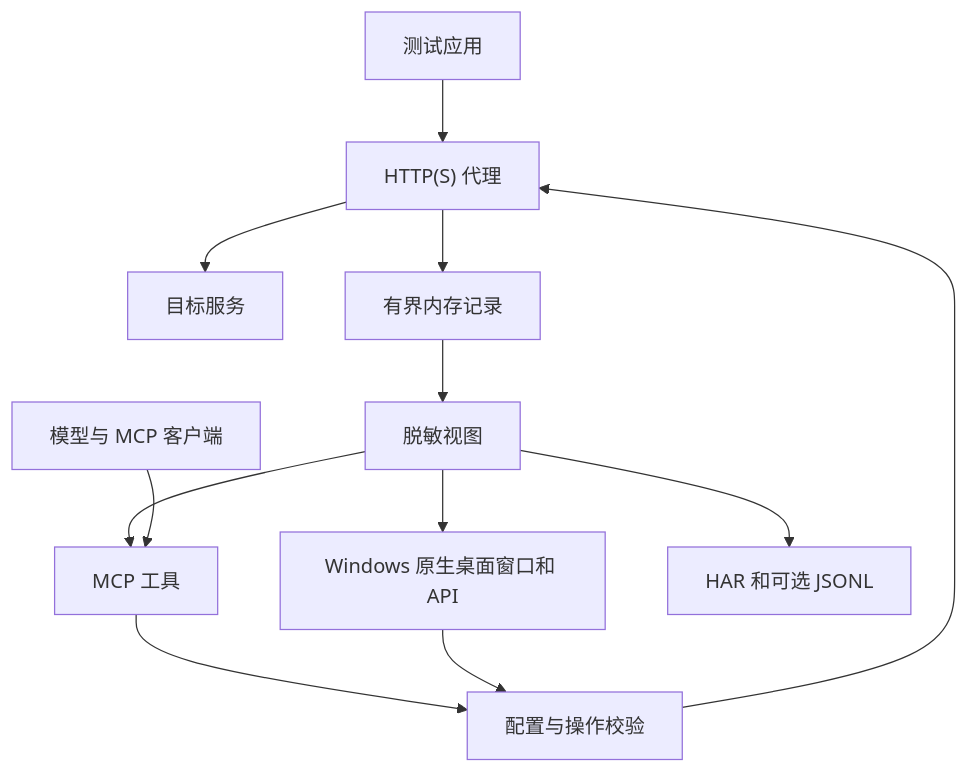
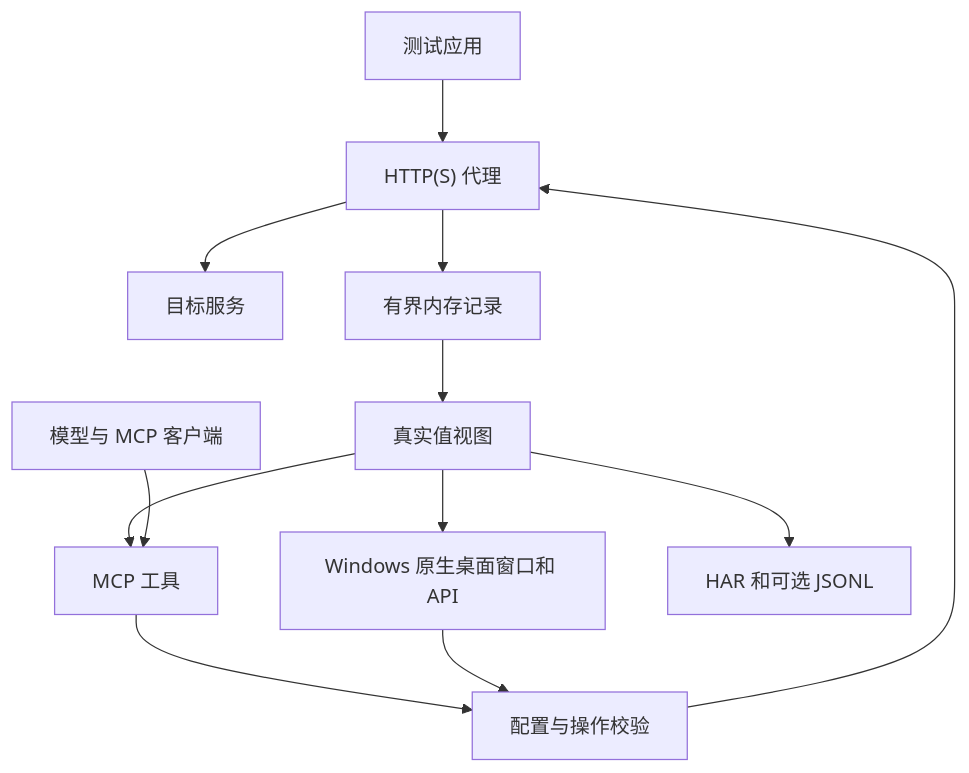
The first of 2 diagrams in docs/architecture.md (EricHongXDD/NetLens-Go-MCP), drawn with Mermaid before and after one commit. The commit also changed other lines of this file and 26 other files, not shown here.

````diff
--- a/docs/architecture.md
+++ b/docs/architecture.md
@@ -11,14 +11,14 @@
 ```mermaid
 flowchart TD
     Client["测试应用"] --> Proxy["HTTP(S) 代理"]
     Proxy --> Upstream["目标服务"]
     Proxy --> Store["有界内存记录"]
-    Store --> View["脱敏视图"]
+    Store --> View["真实值视图"]
     View --> MCP["MCP 工具"]
     View --> UI["Windows 原生桌面窗口和 API"]
     View --> Export["HAR 和可选 JSONL"]
     Model["模型与 MCP 客户端"] --> MCP
     MCP --> Control["配置与操作校验"]
     UI --> Control
     Control --> Proxy
 ```
````
